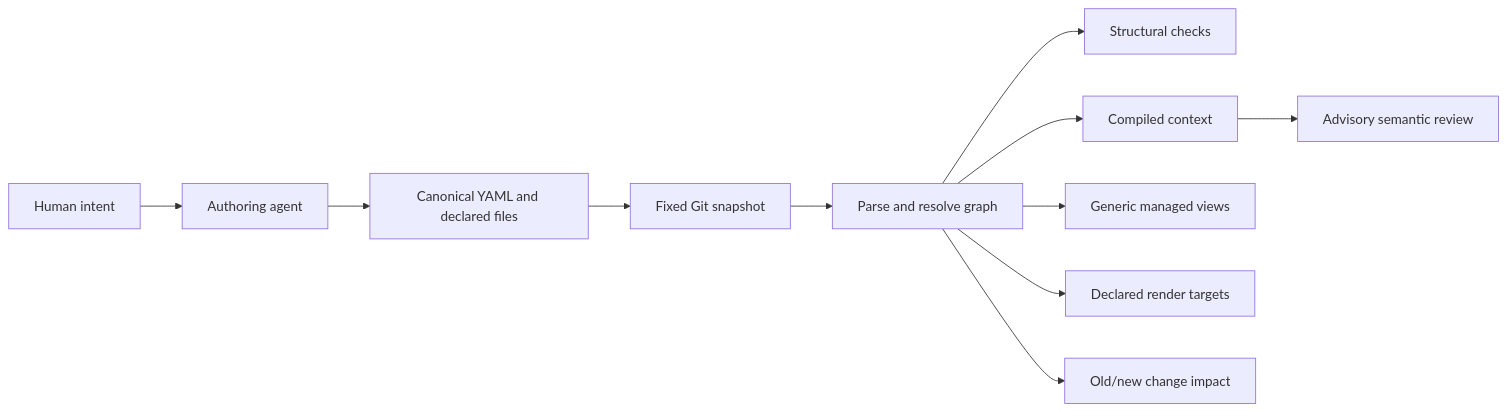
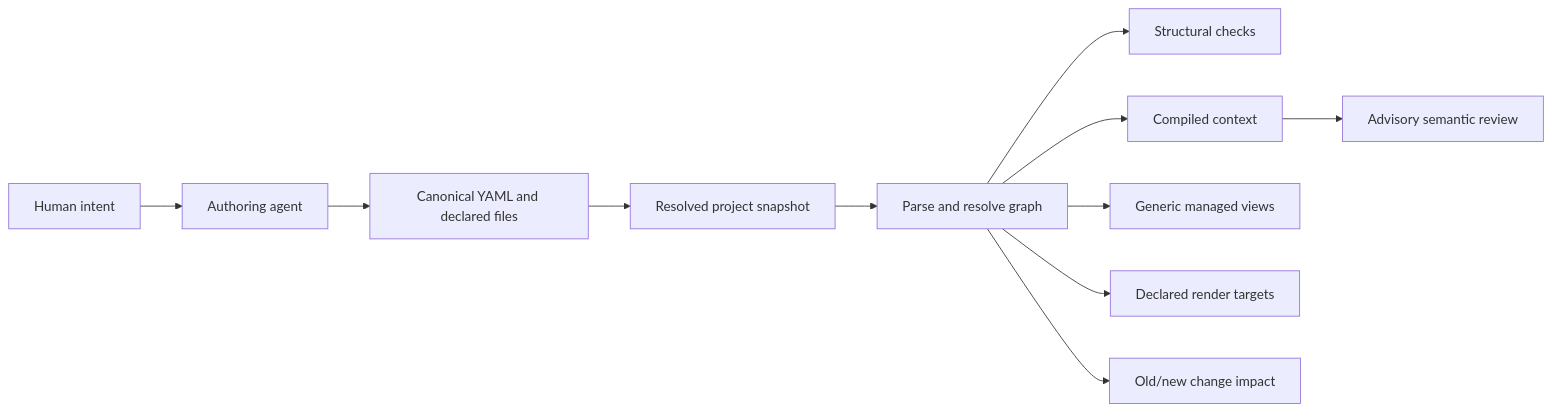
The diagram in docs/architecture.md (Glacius-Labs/Markitect), drawn with Mermaid before and after one commit. The commit also changed other lines of this file and 53 other files, not shown here.

Commit message:
Separate resolved snapshots from Git acquisition

````diff
--- a/docs/architecture.md
+++ b/docs/architecture.md
@@ -19,13 +19,13 @@
 ```mermaid
 flowchart LR
     Intent[Human intent] --> Agent[Authoring agent]
     Agent --> Sources[Canonical YAML and declared files]
-    Sources --> Snapshot[Fixed Git snapshot]
+    Sources --> Snapshot[Resolved project snapshot]
     Snapshot --> Graph[Parse and resolve graph]
     Graph --> Checks[Structural checks]
     Graph --> Context[Compiled context]
     Graph --> Views[Generic managed views]
     Graph --> Targets[Declared render targets]
     Context --> Review[Advisory semantic review]
     Graph --> Impact[Old/new change impact]
 ```
````
